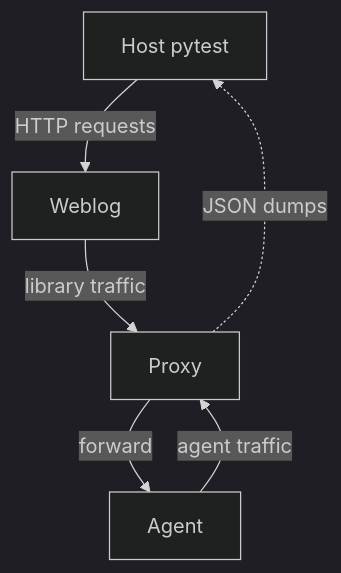
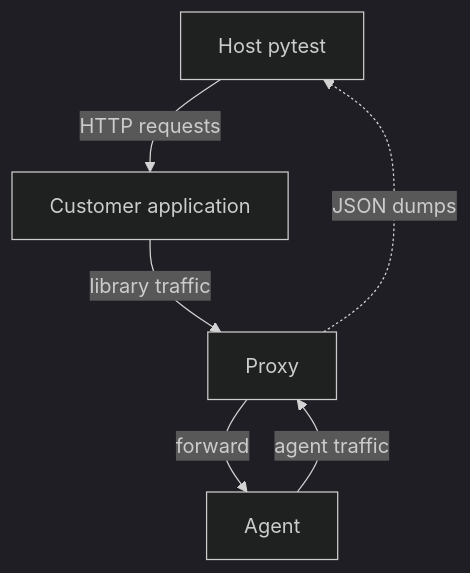
Before and after one commit to DataDog/system-tests: the first of 2 diagrams in docs/understand/architecture.md, drawn with Mermaid (dark theme). The commit also changed other lines of this file and 1 other file, not shown here.

````diff
--- a/docs/understand/architecture.md
+++ b/docs/understand/architecture.md
@@ -35,8 +35,8 @@
 ```mermaid
 flowchart TD
     HOST[Host pytest] -->|HTTP requests| WEBLOG
-    WEBLOG[Weblog] -->|library traffic| PROXY
+    WEBLOG[Customer application] -->|library traffic| PROXY
     PROXY[Proxy] -->|forward| AGENT
     AGENT[Agent] -->|agent traffic| PROXY
     PROXY -.->|JSON dumps| HOST
 ```
````
